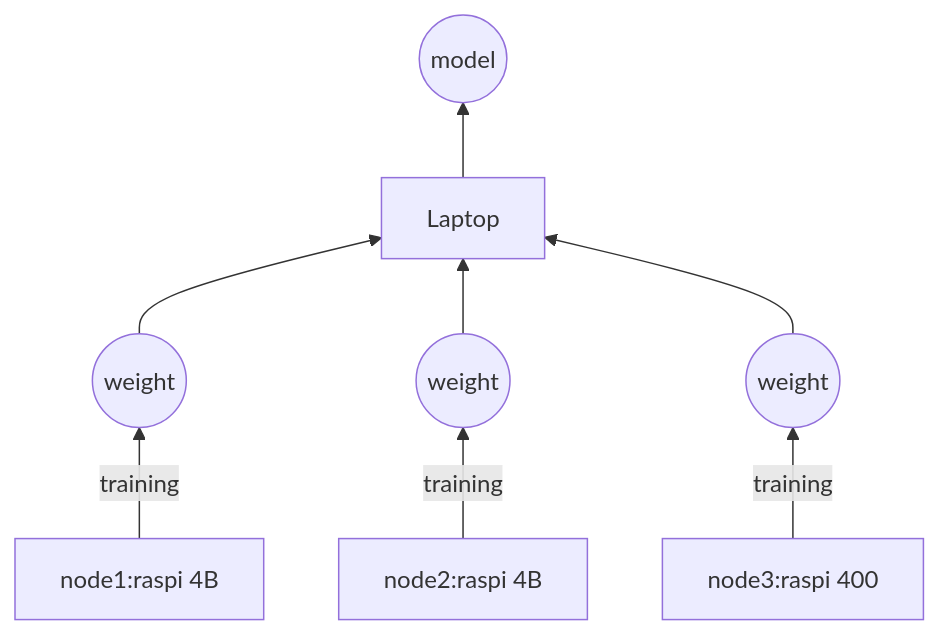
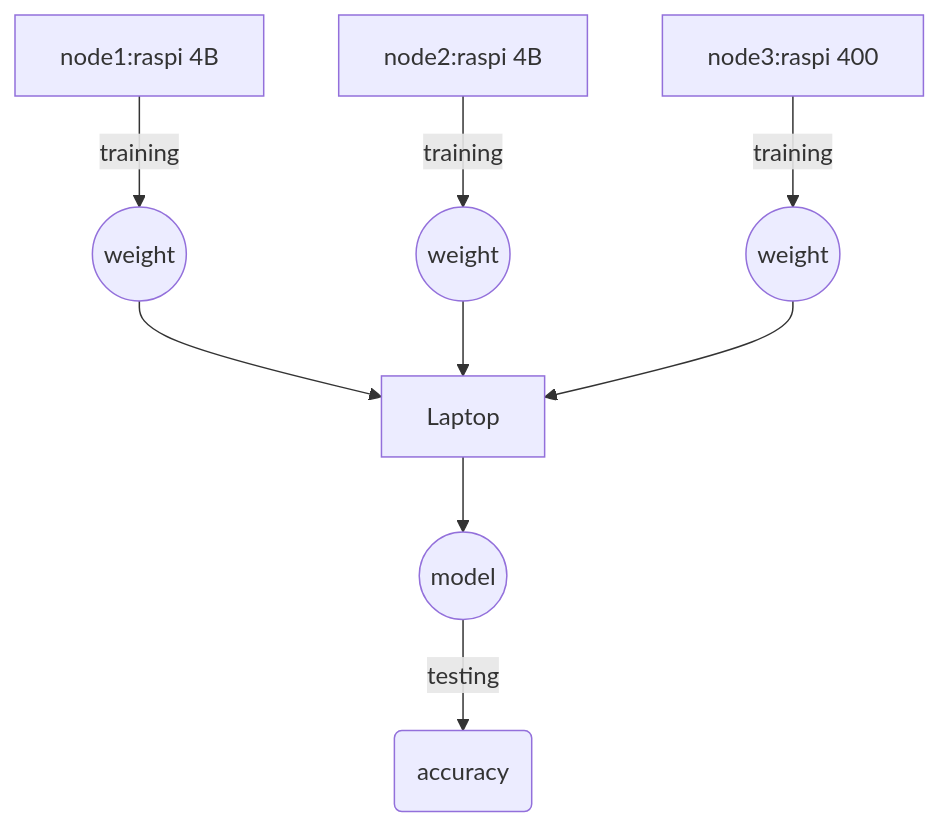
The diagram in exp-log/log&idea.md (MyStarNight/fl-experiment), drawn with Mermaid before and after one commit. The commit also changed other lines of this file, not shown here.

````diff
--- a/exp-log/log&idea.md
+++ b/exp-log/log&idea.md
@@ -71,7 +71,8 @@
 ```mermaid
-graph BT
+graph 
 B[node1:raspi 4B] -- training --> E((weight)) --> A[Laptop]
 C[node2:raspi 4B] -- training--> F((weight))  --> A
 D[node3:raspi 400] -- training--> G((weight))  --> A
 A-->H((model))
+H--testing-->I(accuracy)
 ```
````
